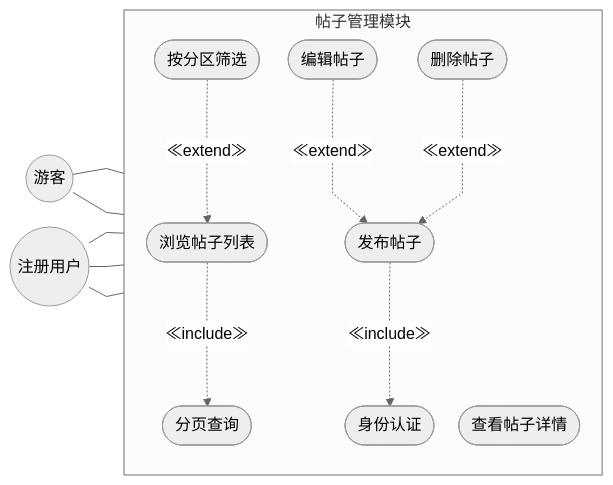
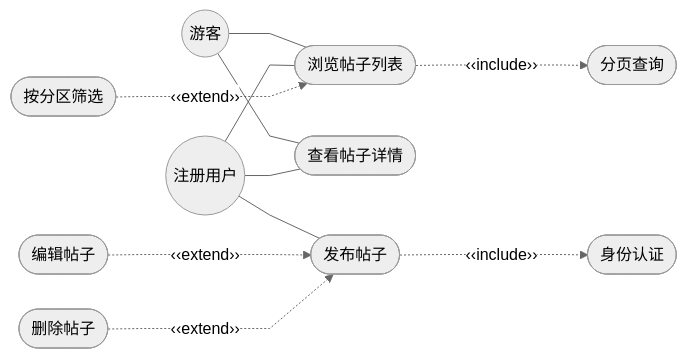
The diagram in docs/diagrams/fig3-3-post-usecase.mmd (Wkjlovec/graduation_project_zhuang), drawn with Mermaid before and after one commit. The commit also changed 13 other files, not shown here.

Commit message:
docs: 修正用例图标签为‹‹include/extend››, 去除subgraph改为扁平布局使线条更直

```diff
--- a/docs/diagrams/fig3-3-post-usecase.mmd
+++ b/docs/diagrams/fig3-3-post-usecase.mmd
@@ -1,27 +1,12 @@
-%%{init: {'theme': 'neutral', 'flowchart': {'curve': 'linear', 'rankSpacing': 35, 'nodeSpacing': 25}}}%%
+%%{init: {'theme': 'neutral', 'flowchart': {'curve': 'linear', 'rankSpacing': 50, 'nodeSpacing': 35}}}%%
 graph LR
-    Guest((游客))
-    User((注册用户))
-
-    subgraph 帖子管理模块
-        direction TB
-        UC1([浏览帖子列表])
-        UC2([分页查询])
-        UC3([按分区筛选])
-        UC4([查看帖子详情])
-        UC5([发布帖子])
-        UC6([身份认证])
-        UC7([编辑帖子])
-        UC8([删除帖子])
-    end
-
-    Guest --- UC1
-    Guest --- UC4
-    User --- UC1
-    User --- UC4
-    User --- UC5
-    UC1 -..->|"≪include≫"| UC2
-    UC3 -..->|"≪extend≫"| UC1
-    UC5 -..->|"≪include≫"| UC6
-    UC7 -..->|"≪extend≫"| UC5
-    UC8 -..->|"≪extend≫"| UC5
+    Guest((游客)) --- UC1([浏览帖子列表])
+    Guest --- UC3([查看帖子详情])
+    User((注册用户)) --- UC1
+    User --- UC3
+    User --- UC4([发布帖子])
+    UC1 -..->|"‹‹include››"| UC2([分页查询])
+    UC6([按分区筛选]) -..->|"‹‹extend››"| UC1
+    UC4 -..->|"‹‹include››"| UC5([身份认证])
+    UC7([编辑帖子]) -..->|"‹‹extend››"| UC4
+    UC8([删除帖子]) -..->|"‹‹extend››"| UC4
```
